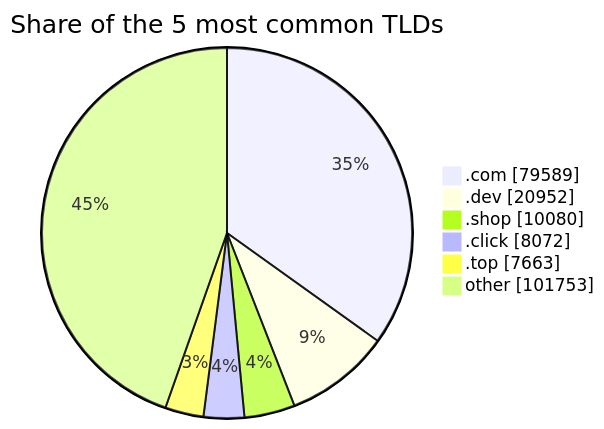
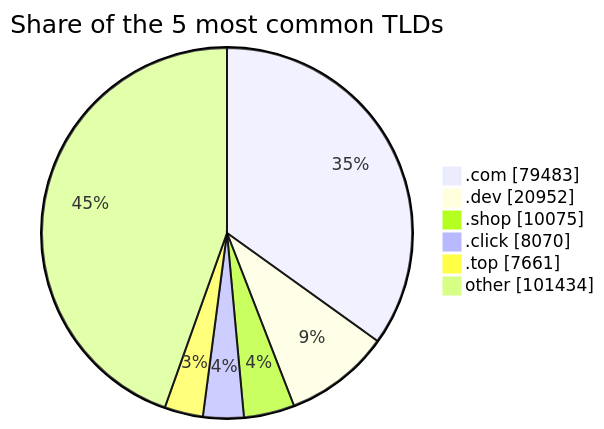
One commit to DNSBunker/CTI changed the third of 3 diagrams in README.md. Above: the diagram before and after it, drawn with Mermaid. The commit also changed other lines of this file and 3 other files, not shown here.

````diff
--- a/README.md
+++ b/README.md
@@ -81,9 +81,9 @@
 ```mermaid
 pie showData title Share of the 5 most common TLDs
-    ".com" : 79589
+    ".com" : 79483
     ".dev" : 20952
-    ".shop" : 10080
-    ".click" : 8072
-    ".top" : 7663
-    "other" : 101753
+    ".shop" : 10075
+    ".click" : 8070
+    ".top" : 7661
+    "other" : 101434
 ```
````
